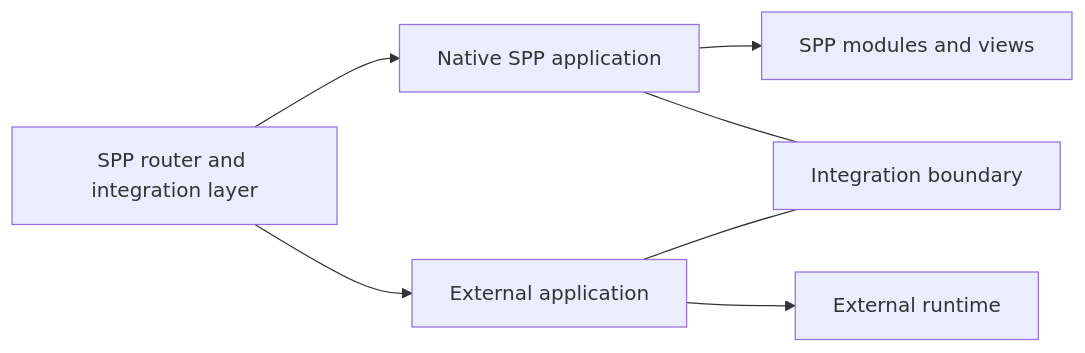
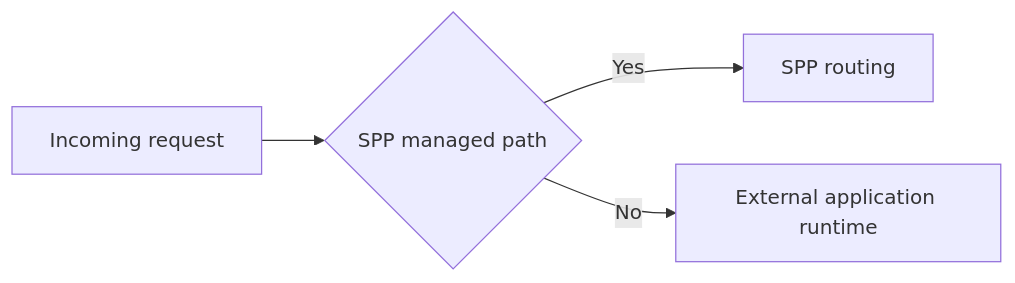
One commit to shuklasp/spp changed the third of 5 diagrams in documentation/handbook/10-polyglot-and-external-applications.md. Above: the diagram before and after it, drawn with Mermaid. The commit also changed other lines of this file, not shown here.

````diff
--- a/documentation/handbook/10-polyglot-and-external-applications.md
+++ b/documentation/handbook/10-polyglot-and-external-applications.md
@@ -64,12 +229,6 @@
 ```mermaid
 flowchart LR
-    R[SPP router and integration layer]
-    A[Native SPP application]
-    X[External application]
-    R --> A
-    R --> X
-    A --> M[SPP modules and views]
-    X --> N[External runtime]
-    A --- I[Integration boundary]
-    X --- I
+    A[Incoming request] --> B{SPP managed path}
+    B -- Yes --> C[SPP routing]
+    B -- No --> D[External application runtime]
 ```
````
